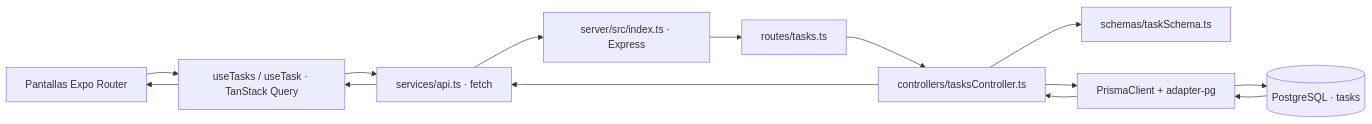
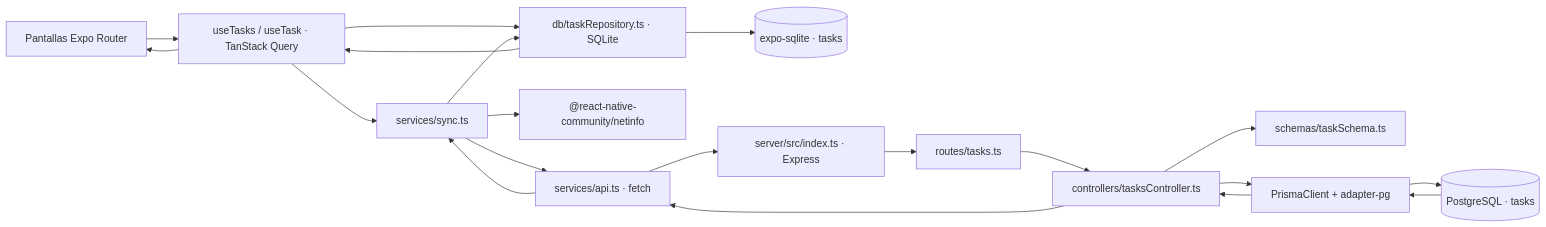
The diagram in documentacion.md (ailyne-amador/eva1-desarrollo-movil), drawn with Mermaid before and after one commit. The commit also changed other lines of this file and 1 other file, not shown here.

````diff
--- a/documentacion.md
+++ b/documentacion.md
@@ -127,16 +133,22 @@
 ```mermaid
 flowchart LR
   UI["Pantallas Expo Router"] --> Q["useTasks / useTask · TanStack Query"]
-  Q --> HTTP["services/api.ts · fetch"]
+  Q --> REPO["db/taskRepository.ts · SQLite"]
+  REPO --> DB_LOCAL[("expo-sqlite · tasks")]
+  Q --> SYNC["services/sync.ts"]
+  SYNC --> NET["@react-native-community/netinfo"]
+  SYNC --> HTTP["services/api.ts · fetch"]
   HTTP --> APP["server/src/index.ts · Express"]
   APP --> ROUTER["routes/tasks.ts"]
   ROUTER --> CTRL["controllers/tasksController.ts"]
   CTRL --> VALID["schemas/taskSchema.ts"]
   CTRL --> PRISMA["PrismaClient + adapter-pg"]
   PRISMA --> DB[("PostgreSQL · tasks")]
   DB --> PRISMA
   PRISMA --> CTRL
   CTRL --> HTTP
-  HTTP --> Q
+  HTTP --> SYNC
+  SYNC --> REPO
+  REPO --> Q
   Q --> UI
 ```
````
